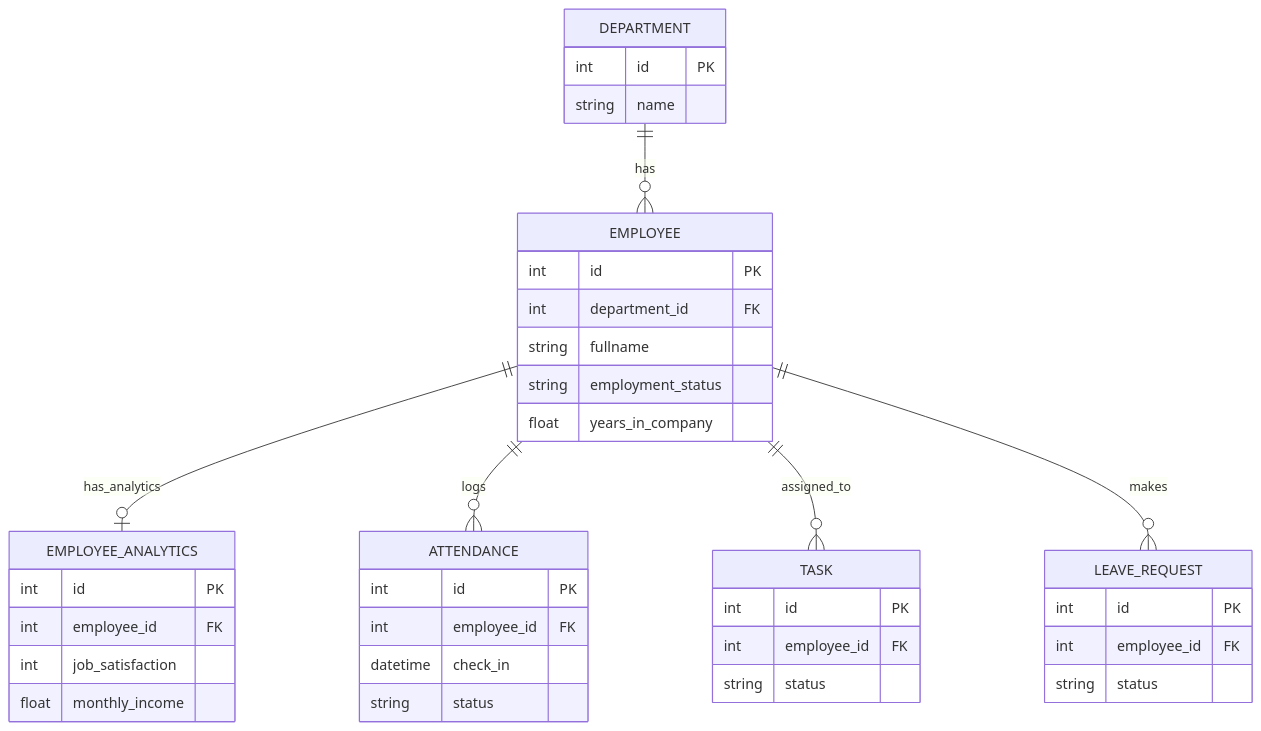
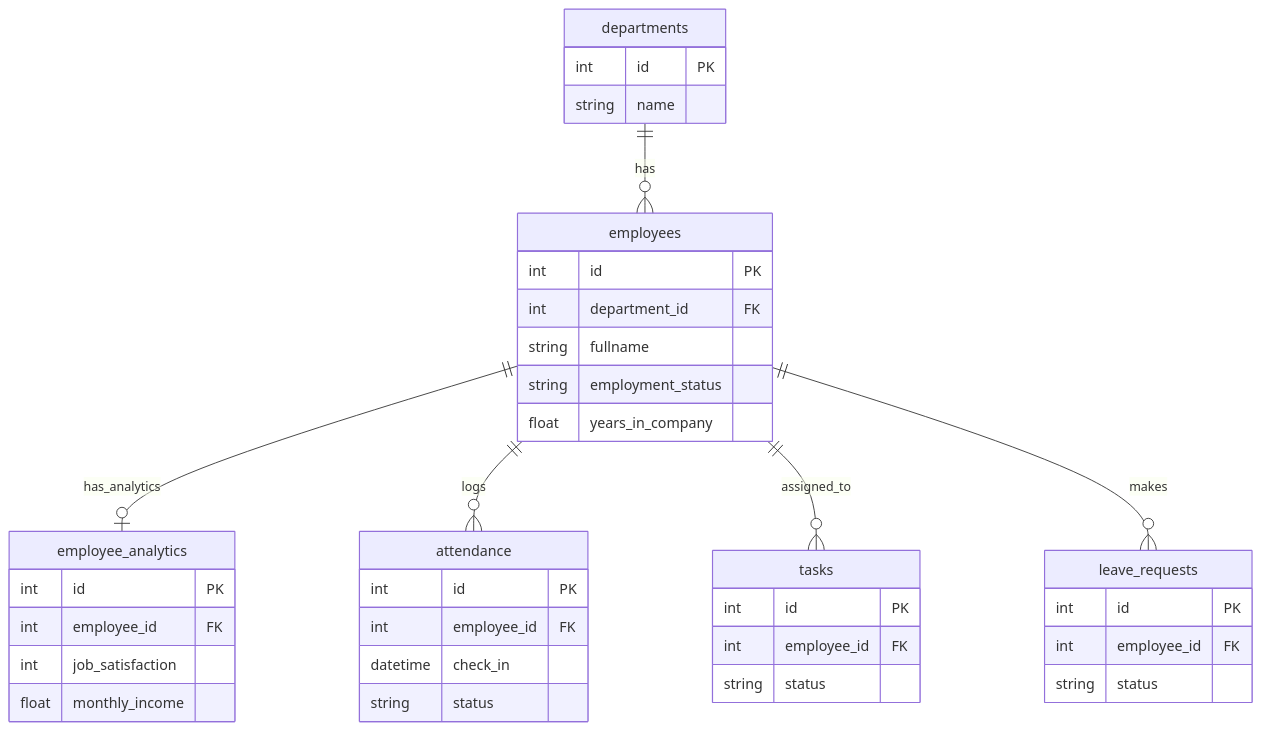
The first of 5 diagrams in bao_cao_do_an.md (NgoNguyenThuHuong/DACS_HTQLNhanSu), drawn with Mermaid before and after one commit. The commit also changed other lines of this file and 1 other file, not shown here.

````diff
--- a/bao_cao_do_an.md
+++ b/bao_cao_do_an.md
@@ -57,42 +57,42 @@
 ```mermaid
 erDiagram
-    DEPARTMENT ||--o{ EMPLOYEE : "has"
-    EMPLOYEE ||--o| EMPLOYEE_ANALYTICS : "has_analytics"
-    EMPLOYEE ||--o{ ATTENDANCE : "logs"
-    EMPLOYEE ||--o{ TASK : "assigned_to"
-    EMPLOYEE ||--o{ LEAVE_REQUEST : "makes"
+    departments ||--o{ employees : "has"
+    employees ||--o| employee_analytics : "has_analytics"
+    employees ||--o{ attendance : "logs"
+    employees ||--o{ tasks : "assigned_to"
+    employees ||--o{ leave_requests : "makes"
 
-    DEPARTMENT {
+    departments {
         int id PK
         string name
     }
-    EMPLOYEE {
+    employees {
         int id PK
         int department_id FK
         string fullname
         string employment_status
         float years_in_company
     }
-    EMPLOYEE_ANALYTICS {
+    employee_analytics {
         int id PK
         int employee_id FK
         int job_satisfaction
         float monthly_income
     }
-    ATTENDANCE {
+    attendance {
         int id PK
         int employee_id FK
         datetime check_in
         string status
     }
-    TASK {
+    tasks {
         int id PK
         int employee_id FK
         string status
     }
-    LEAVE_REQUEST {
+    leave_requests {
         int id PK
         int employee_id FK
         string status
     }
 ```
````
